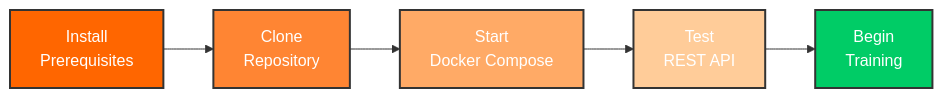
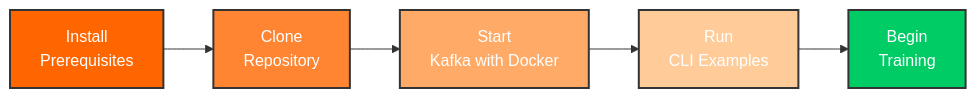
The diagram in docs/getting-started/index.md (stratpoint-daniel-eullo/kafka-training), drawn with Mermaid before and after one commit. The commit also changed other lines of this file and 86 other files, not shown here.

First line of the commit message:
feat: Add Kafka security configurations and CLI tools

````diff
--- a/docs/getting-started/index.md
+++ b/docs/getting-started/index.md
@@ -52,13 +56,13 @@
 ```mermaid
 graph LR
     A[Install<br/>Prerequisites] --> B[Clone<br/>Repository]
-    B --> C[Start<br/>Docker Compose]
-    C --> D[Test<br/>REST API]
+    B --> C[Start<br/>Kafka with Docker]
+    C --> D[Run<br/>CLI Examples]
     D --> E[Begin<br/>Training]
 
     style A fill:#ff6600,stroke:#333,stroke-width:2px,color:#fff
     style B fill:#ff8533,stroke:#333,stroke-width:2px,color:#fff
     style C fill:#ffaa66,stroke:#333,stroke-width:2px,color:#fff
     style D fill:#ffcc99,stroke:#333,stroke-width:2px,color:#fff
     style E fill:#00cc66,stroke:#333,stroke-width:2px,color:#fff
 ```
````
